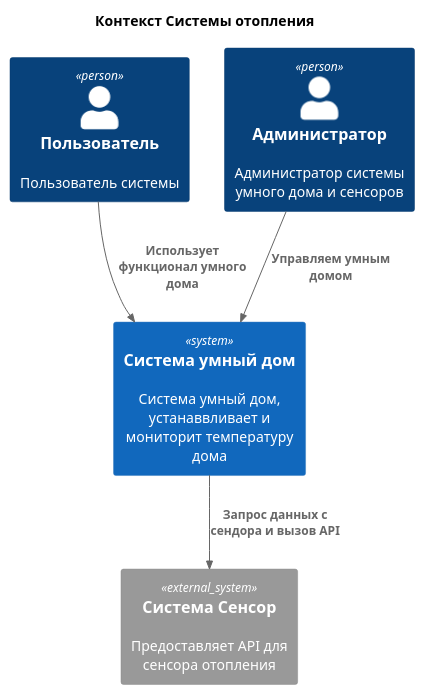
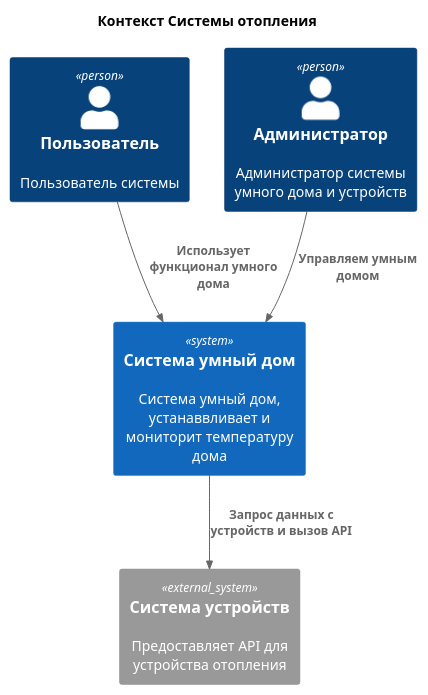
Before and after one commit to artsdeep/architecture-sprint-3: the diagram in docs/1.1.puml, drawn with PlantUML. The commit also changed 11 other files, not shown here.

```diff
--- a/docs/1.1.puml
+++ b/docs/1.1.puml
@@ -1,19 +1,19 @@
 @startuml
 title Контекст Системы отопления
 
 top to bottom direction
 
 !includeurl https://raw.githubusercontent.com/RicardoNiepel/C4-PlantUML/master/C4_Component.puml
 
 Person(user, "Пользователь", "Пользователь системы")
-Person(admin, "Администратор", "Администратор системы умного дома и сенсоров")
+Person(admin, "Администратор", "Администратор системы умного дома и устройств")
 System(SmartHomeSystem, "Система умный дом", "Система умный дом, устанаввливает и мониторит температуру дома")
 
-System_Ext(SensorSystem, "Система Сенсор", "Предоставляет API для сенсора отопления")
+System_Ext(SensorSystem, "Система устройств", "Предоставляет API для устройства отопления")
 
 
-Rel(SmartHomeSystem, SensorSystem, "Запрос данных с сендора и вызов API")
+Rel(SmartHomeSystem, SensorSystem, "Запрос данных с устройств и вызов API")
 Rel(admin, SmartHomeSystem, "Управляем умным домом")
 Rel(user, SmartHomeSystem, "Использует функционал умного дома")
 
 @enduml
```
